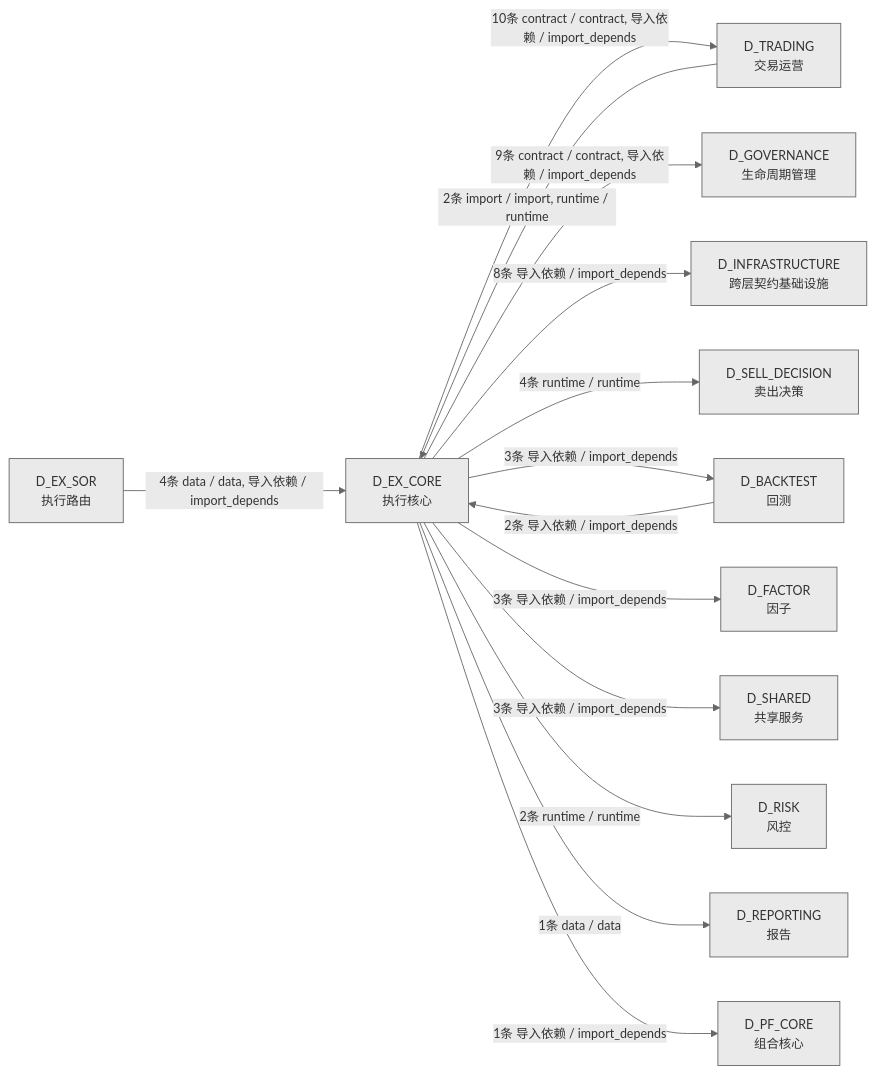
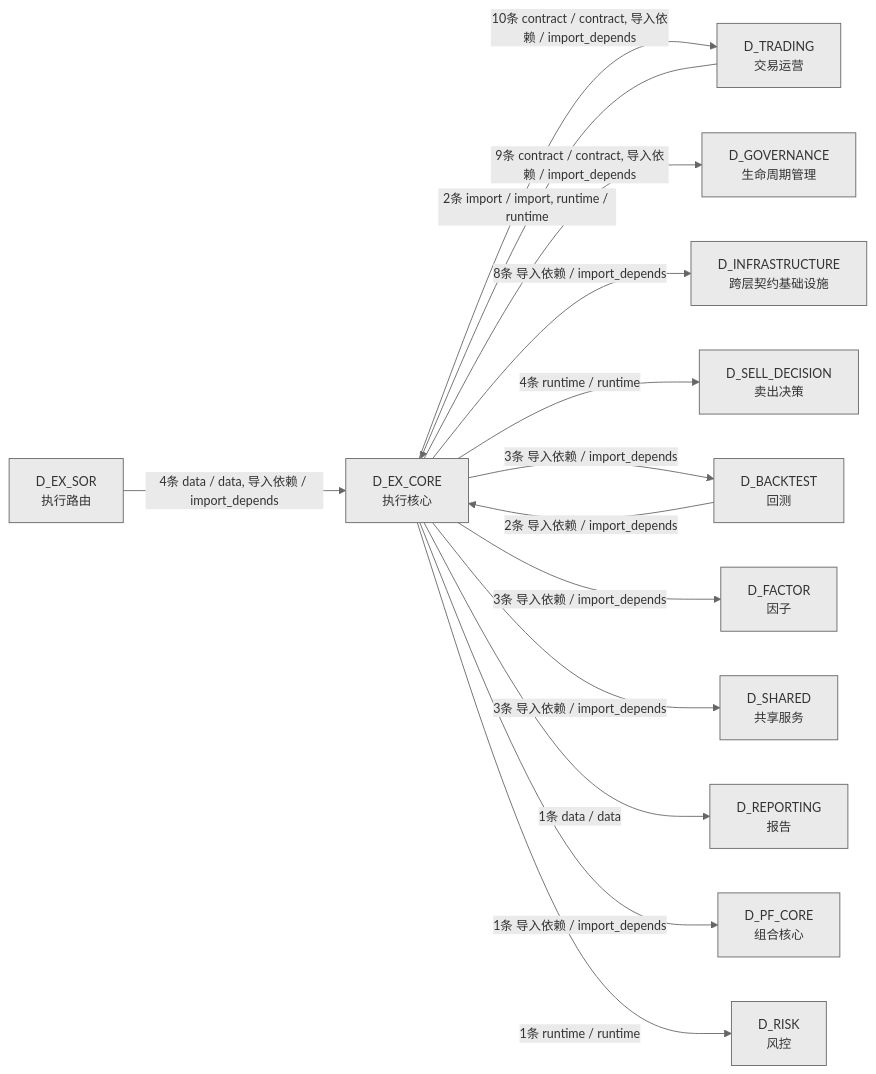
Before and after one commit to xuanFelixVan/ZephyrAlpha: the fourth of 4 diagrams in docs/02_enterprise_architecture/02_domain_architecture_docs/44_d_ex_core.md, drawn with Mermaid. The commit also changed other lines of this file and 58 other files, not shown here.

````diff
--- a/docs/02_enterprise_architecture/02_domain_architecture_docs/44_d_ex_core.md
+++ b/docs/02_enterprise_architecture/02_domain_architecture_docs/44_d_ex_core.md
@@ -315,29 +314,29 @@
 ```mermaid
 %%{init: {'theme': 'base', 'themeVariables': {'primaryColor': '#eaeaea', 'primaryTextColor': '#333333', 'primaryBorderColor': '#666666', 'lineColor': '#666666', 'secondaryColor': '#eaeaea', 'tertiaryColor': '#eaeaea', 'fontSize': '14px'}}}%%
 graph LR
     D_EX_CORE["D_EX_CORE<br/>执行核心"]
     D_TRADING["D_TRADING<br/>交易运营"]
     D_GOVERNANCE["D_GOVERNANCE<br/>生命周期管理"]
     D_INFRASTRUCTURE["D_INFRASTRUCTURE<br/>跨层契约基础设施"]
     D_SELL_DECISION["D_SELL_DECISION<br/>卖出决策"]
     D_BACKTEST["D_BACKTEST<br/>回测"]
     D_FACTOR["D_FACTOR<br/>因子"]
     D_SHARED["D_SHARED<br/>共享服务"]
-    D_RISK["D_RISK<br/>风控"]
     D_REPORTING["D_REPORTING<br/>报告"]
     D_PF_CORE["D_PF_CORE<br/>组合核心"]
+    D_RISK["D_RISK<br/>风控"]
     D_EX_SOR["D_EX_SOR<br/>执行路由"]
     D_EX_CORE -->|10条 contract / contract, 导入依赖 / import_depends| D_TRADING
     D_EX_CORE -->|9条 contract / contract, 导入依赖 / import_depends| D_GOVERNANCE
     D_EX_CORE -->|8条 导入依赖 / import_depends| D_INFRASTRUCTURE
     D_EX_CORE -->|4条 runtime / runtime| D_SELL_DECISION
     D_EX_CORE -->|3条 导入依赖 / import_depends| D_BACKTEST
     D_EX_CORE -->|3条 导入依赖 / import_depends| D_FACTOR
     D_EX_CORE -->|3条 导入依赖 / import_depends| D_SHARED
-    D_EX_CORE -->|2条 runtime / runtime| D_RISK
     D_EX_CORE -->|1条 data / data| D_REPORTING
     D_EX_CORE -->|1条 导入依赖 / import_depends| D_PF_CORE
+    D_EX_CORE -->|1条 runtime / runtime| D_RISK
     D_EX_SOR -->|4条 data / data, 导入依赖 / import_depends| D_EX_CORE
     D_BACKTEST -->|2条 导入依赖 / import_depends| D_EX_CORE
     D_TRADING -->|2条 import / import, runtime / runtime| D_EX_CORE
 ```
````
